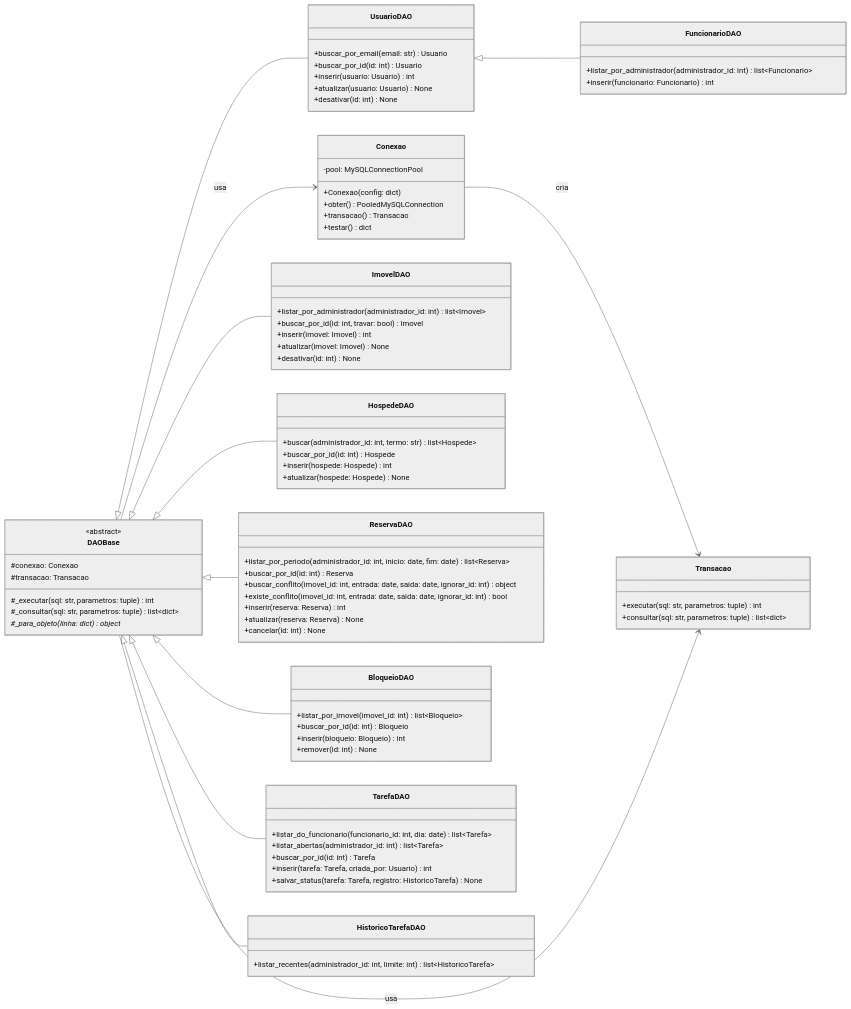
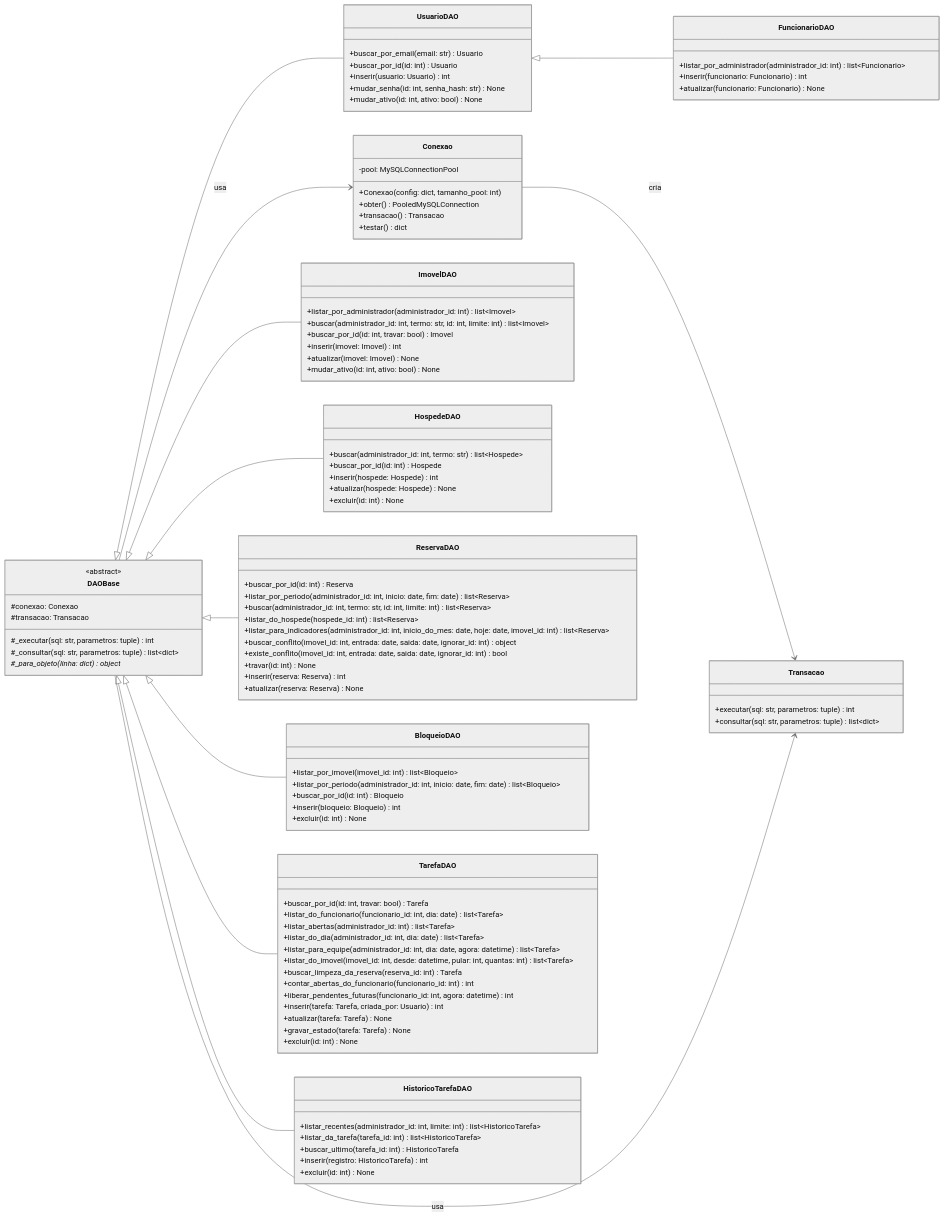
One commit to Washington-dev-fullstack/gem-vel---integrative-project changed the diagram in banco/diagramas/classes-dao.mmd. Above: the diagram before and after it, drawn with Mermaid (neutral theme). The commit also changed 8 other files, not shown here.

First line of the commit message:
Docs: diagramas de classes, LEIA-ME e CLAUDE.md com o front-end

```diff
--- a/banco/diagramas/classes-dao.mmd
+++ b/banco/diagramas/classes-dao.mmd
@@ -1,83 +1,102 @@
 classDiagram
     direction LR
 
     class Conexao {
         -pool: MySQLConnectionPool
-        +Conexao(config: dict)
+        +Conexao(config: dict, tamanho_pool: int)
         +obter() PooledMySQLConnection
         +transacao() Transacao
         +testar() dict
     }
     class Transacao {
         +executar(sql: str, parametros: tuple) int
         +consultar(sql: str, parametros: tuple) list~dict~
     }
     class DAOBase {
         <<abstract>>
         #conexao: Conexao
         #transacao: Transacao
         #_executar(sql: str, parametros: tuple) int
         #_consultar(sql: str, parametros: tuple) list~dict~
         #_para_objeto(linha: dict) object*
     }
     class UsuarioDAO {
         +buscar_por_email(email: str) Usuario
         +buscar_por_id(id: int) Usuario
         +inserir(usuario: Usuario) int
-        +atualizar(usuario: Usuario) None
-        +desativar(id: int) None
+        +mudar_senha(id: int, senha_hash: str) None
+        +mudar_ativo(id: int, ativo: bool) None
     }
     class FuncionarioDAO {
         +listar_por_administrador(administrador_id: int) list~Funcionario~
         +inserir(funcionario: Funcionario) int
+        +atualizar(funcionario: Funcionario) None
     }
     class ImovelDAO {
         +listar_por_administrador(administrador_id: int) list~Imovel~
+        +buscar(administrador_id: int, termo: str, id: int, limite: int) list~Imovel~
         +buscar_por_id(id: int, travar: bool) Imovel
         +inserir(imovel: Imovel) int
         +atualizar(imovel: Imovel) None
-        +desativar(id: int) None
+        +mudar_ativo(id: int, ativo: bool) None
     }
     class HospedeDAO {
         +buscar(administrador_id: int, termo: str) list~Hospede~
         +buscar_por_id(id: int) Hospede
         +inserir(hospede: Hospede) int
         +atualizar(hospede: Hospede) None
+        +excluir(id: int) None
     }
     class ReservaDAO {
+        +buscar_por_id(id: int) Reserva
         +listar_por_periodo(administrador_id: int, inicio: date, fim: date) list~Reserva~
-        +buscar_por_id(id: int) Reserva
+        +buscar(administrador_id: int, termo: str, id: int, limite: int) list~Reserva~
+        +listar_do_hospede(hospede_id: int) list~Reserva~
+        +listar_para_indicadores(administrador_id: int, inicio_do_mes: date, hoje: date, imovel_id: int) list~Reserva~
         +buscar_conflito(imovel_id: int, entrada: date, saida: date, ignorar_id: int) object
         +existe_conflito(imovel_id: int, entrada: date, saida: date, ignorar_id: int) bool
+        +travar(id: int) None
         +inserir(reserva: Reserva) int
         +atualizar(reserva: Reserva) None
-        +cancelar(id: int) None
     }
     class BloqueioDAO {
         +listar_por_imovel(imovel_id: int) list~Bloqueio~
+        +listar_por_periodo(administrador_id: int, inicio: date, fim: date) list~Bloqueio~
         +buscar_por_id(id: int) Bloqueio
         +inserir(bloqueio: Bloqueio) int
-        +remover(id: int) None
+        +excluir(id: int) None
     }
     class TarefaDAO {
+        +buscar_por_id(id: int, travar: bool) Tarefa
         +listar_do_funcionario(funcionario_id: int, dia: date) list~Tarefa~
         +listar_abertas(administrador_id: int) list~Tarefa~
-        +buscar_por_id(id: int) Tarefa
+        +listar_do_dia(administrador_id: int, dia: date) list~Tarefa~
+        +listar_para_equipe(administrador_id: int, dia: date, agora: datetime) list~Tarefa~
+        +listar_do_imovel(imovel_id: int, desde: datetime, pular: int, quantas: int) list~Tarefa~
+        +buscar_limpeza_da_reserva(reserva_id: int) Tarefa
+        +contar_abertas_do_funcionario(funcionario_id: int) int
+        +liberar_pendentes_futuras(funcionario_id: int, agora: datetime) int
         +inserir(tarefa: Tarefa, criada_por: Usuario) int
-        +salvar_status(tarefa: Tarefa, registro: HistoricoTarefa) None
+        +atualizar(tarefa: Tarefa) None
+        +gravar_estado(tarefa: Tarefa) None
+        +excluir(id: int) None
     }
     class HistoricoTarefaDAO {
         +listar_recentes(administrador_id: int, limite: int) list~HistoricoTarefa~
+        +listar_da_tarefa(tarefa_id: int) list~HistoricoTarefa~
+        +buscar_ultimo(tarefa_id: int) HistoricoTarefa
+        +inserir(registro: HistoricoTarefa) int
+        +excluir(id: int) None
     }
 
     DAOBase <|-- UsuarioDAO
     UsuarioDAO <|-- FuncionarioDAO
     DAOBase <|-- ImovelDAO
     DAOBase <|-- HospedeDAO
     DAOBase <|-- ReservaDAO
     DAOBase <|-- BloqueioDAO
     DAOBase <|-- TarefaDAO
     DAOBase <|-- HistoricoTarefaDAO
     DAOBase --> Conexao : usa
     Conexao --> Transacao : cria
     DAOBase --> Transacao : usa
```
